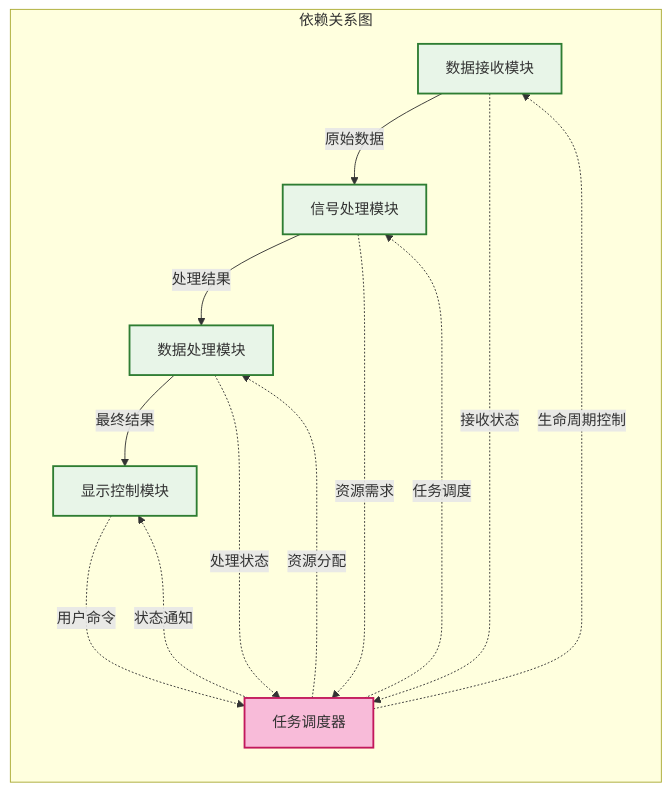
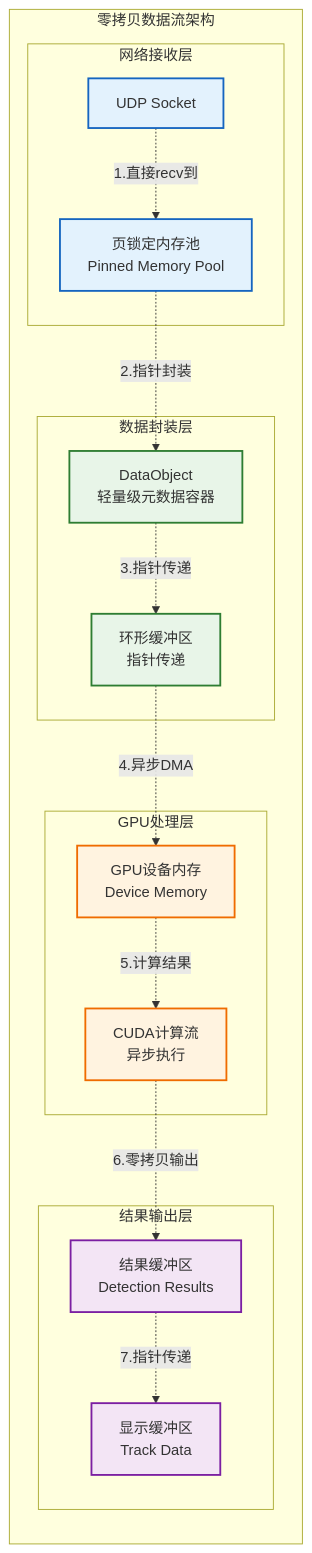
Before and after one commit to wendizhou99-cell/Radar: the seventh of 26 diagrams in docs/01_项目设计/01_项目设计/03_系统架构总览.md, drawn with Mermaid. The commit also changed other lines of this file and 27 other files, not shown here.

````diff
--- a/docs/01_项目设计/01_项目设计/03_系统架构总览.md
+++ b/docs/01_项目设计/01_项目设计/03_系统架构总览.md
@@ -228,33 +502,45 @@
 ```mermaid
 graph LR
-    subgraph "依赖关系图"
-        DataReceiver[数据接收模块]
-        SignalProcessor[信号处理模块]
-        DataProcessor[数据处理模块]
-        DisplayController[显示控制模块]
-        TaskScheduler[任务调度器]
+    subgraph "零拷贝数据流架构"
+        direction TB
 
-        %% 数据依赖（实线）
-        DataReceiver -->|原始数据| SignalProcessor
-        SignalProcessor -->|处理结果| DataProcessor
-        DataProcessor -->|最终结果| DisplayController
+        subgraph "网络接收层"
+            NET[UDP Socket]
+            PINNED_MEM[页锁定内存池<br/>Pinned Memory Pool]
+        end
 
-        %% 控制依赖（虚线）
-        TaskScheduler -.->|生命周期控制| DataReceiver
-        TaskScheduler -.->|任务调度| SignalProcessor
-        TaskScheduler -.->|资源分配| DataProcessor
-        TaskScheduler -.->|状态通知| DisplayController
+        subgraph "数据封装层"
+            DATA_OBJ[DataObject<br/>轻量级元数据容器]
+            RING_BUF[环形缓冲区<br/>指针传递]
+        end
 
-        %% 反馈依赖（点线）
-        DisplayController -..->|用户命令| TaskScheduler
-        DataProcessor -..->|处理状态| TaskScheduler
-        SignalProcessor -..->|资源需求| TaskScheduler
-        DataReceiver -..->|接收状态| TaskScheduler
+        subgraph "GPU处理层"
+            GPU_MEM[GPU设备内存<br/>Device Memory]
+            CUDA_STREAM[CUDA计算流<br/>异步执行]
+        end
+
+        subgraph "结果输出层"
+            RESULT_BUF[结果缓冲区<br/>Detection Results]
+            DISPLAY_BUF[显示缓冲区<br/>Track Data]
+        end
+
+        %% 零拷贝数据流路径
+        NET -.->|1.直接recv到| PINNED_MEM
+        PINNED_MEM -.->|2.指针封装| DATA_OBJ
+        DATA_OBJ -.->|3.指针传递| RING_BUF
+        RING_BUF -.->|4.异步DMA| GPU_MEM
+        GPU_MEM -.->|5.计算结果| CUDA_STREAM
+        CUDA_STREAM -.->|6.零拷贝输出| RESULT_BUF
+        RESULT_BUF -.->|7.指针传递| DISPLAY_BUF
     end
 
-    classDef module fill:#e8f5e8,stroke:#2e7d32,stroke-width:2px
-    classDef coordinator fill:#f8bbd9,stroke:#c2185b,stroke-width:2px
+    classDef network fill:#e3f2fd,stroke:#1565c0,stroke-width:2px
+    classDef encap fill:#e8f5e8,stroke:#2e7d32,stroke-width:2px
+    classDef gpu fill:#fff3e0,stroke:#ef6c00,stroke-width:2px
+    classDef result fill:#f3e5f5,stroke:#7b1fa2,stroke-width:2px
 
-    class DataReceiver,SignalProcessor,DataProcessor,DisplayController module
-    class TaskScheduler coordinator
+    class NET,PINNED_MEM network
+    class DATA_OBJ,RING_BUF encap
+    class GPU_MEM,CUDA_STREAM gpu
+    class RESULT_BUF,DISPLAY_BUF result
 ```
````
